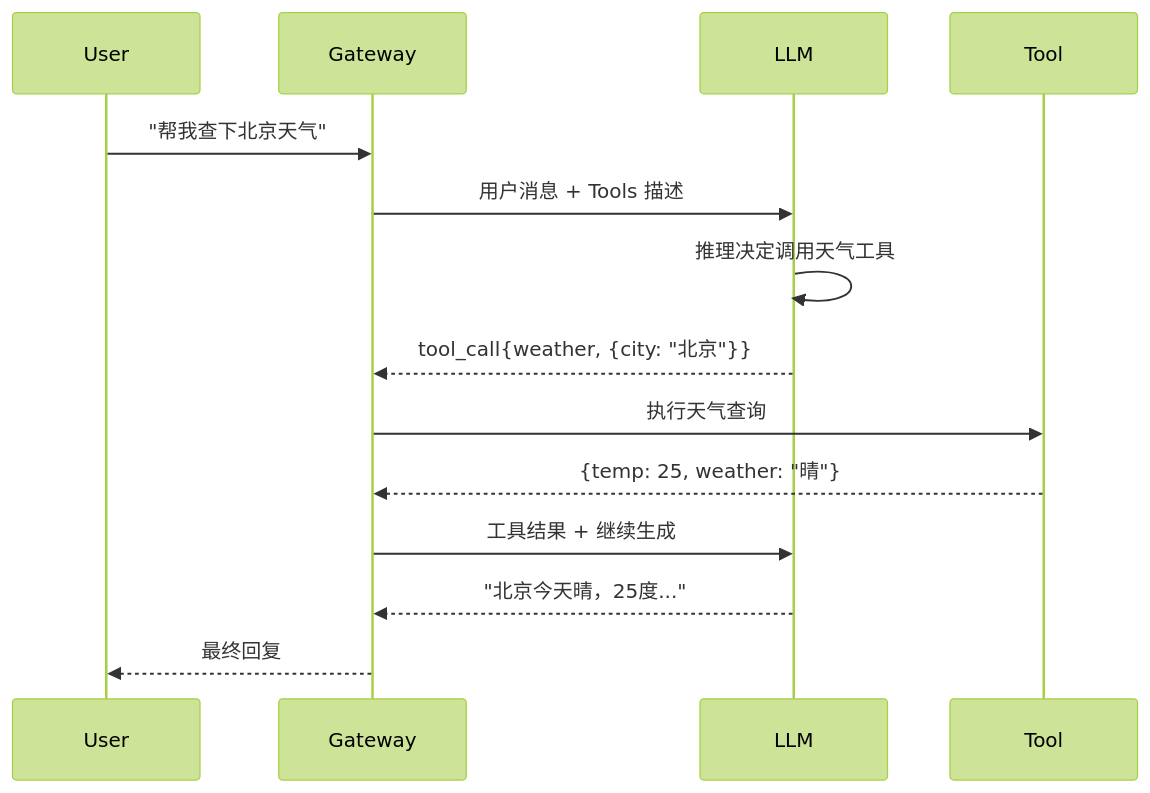
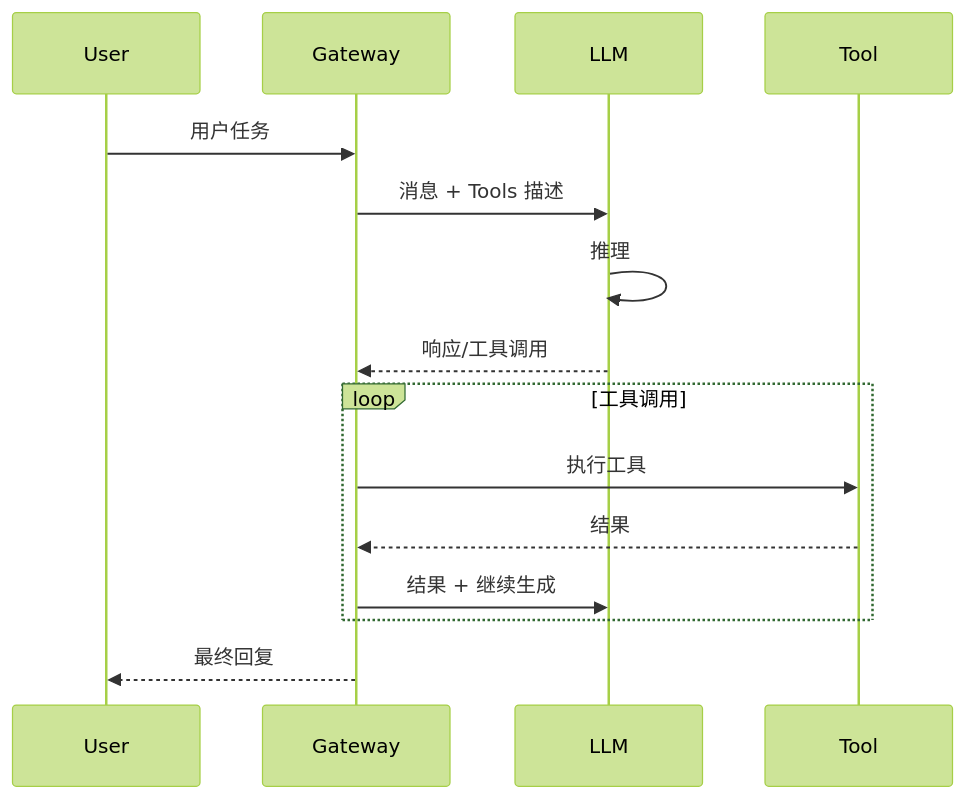
One commit to FreezeSoul/freezesoul.github.com changed the fourth of 9 diagrams in _posts/2026-03-01-openclaw-agent-gateway.md. Above: the diagram before and after it, drawn with Mermaid (forest theme). The commit also changed other lines of this file, not shown here.

````diff
--- a/_posts/2026-03-01-openclaw-agent-gateway.md
+++ b/_posts/2026-03-01-openclaw-agent-gateway.md
@@ -222,12 +143,15 @@
 ```mermaid
 sequenceDiagram
-    User->>Gateway: "帮我查下北京天气"
-    Gateway->>LLM: 用户消息 + Tools 描述
-    LLM->>LLM: 推理决定调用天气工具
-    LLM-->>Gateway: tool_call{weather, {city: "北京"}}
-    Gateway->>Tool: 执行天气查询
-    Tool-->>Gateway: {temp: 25, weather: "晴"}
-    Gateway->>LLM: 工具结果 + 继续生成
-    LLM-->>Gateway: "北京今天晴，25度..."
+    User->>Gateway: 用户任务
+    Gateway->>LLM: 消息 + Tools 描述
+    LLM->>LLM: 推理
+    LLM-->>Gateway: 响应/工具调用
+    
+    loop 工具调用
+        Gateway->>Tool: 执行工具
+        Tool-->>Gateway: 结果
+        Gateway->>LLM: 结果 + 继续生成
+    end
+    
     Gateway-->>User: 最终回复
 ```
````
